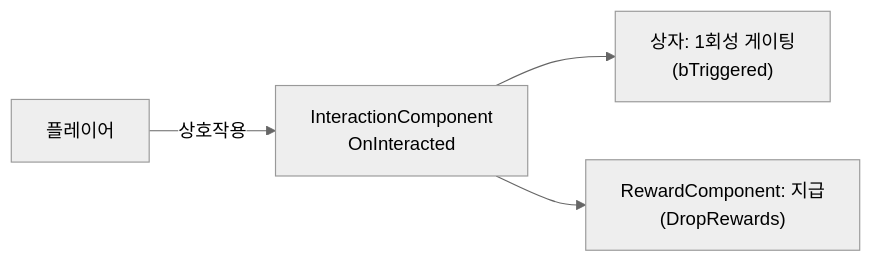
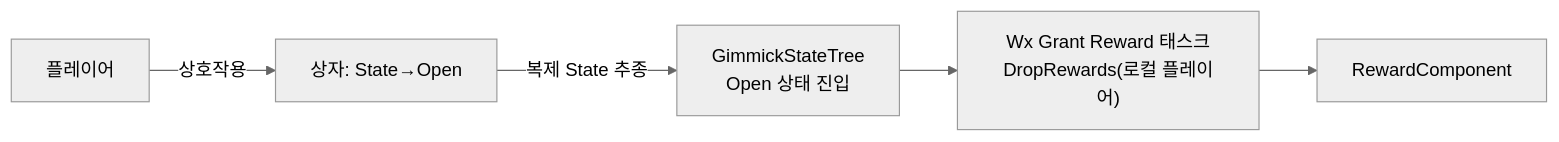
The third of 3 diagrams in Docs/Programmer/Reward_Grant_Flow.md (Woogl/ProjectWx), drawn with Mermaid (neutral theme) before and after one commit. The commit also changed other lines of this file and 9 other files, not shown here.

Commit message:
보물상자 보상 지급을 StateTree Wx Grant Reward 태스크로 이관

````diff
--- a/Docs/Programmer/Reward_Grant_Flow.md
+++ b/Docs/Programmer/Reward_Grant_Flow.md
@@ -127,6 +124,7 @@
 ```mermaid
 flowchart LR
-    Player["플레이어"] -->|상호작용| IC["InteractionComponent<br/>OnInteracted"]
-    IC --> Chest["상자: 1회성 게이팅<br/>(bTriggered)"]
-    IC --> RC["RewardComponent: 지급<br/>(DropRewards)"]
+    Player["플레이어"] -->|상호작용| Chest["상자: State→Open"]
+    Chest -->|복제 State 추종| ST["GimmickStateTree<br/>Open 상태 진입"]
+    ST --> Task["Wx Grant Reward 태스크<br/>DropRewards(로컬 플레이어)"]
+    Task --> RC["RewardComponent"]
 ```
````
